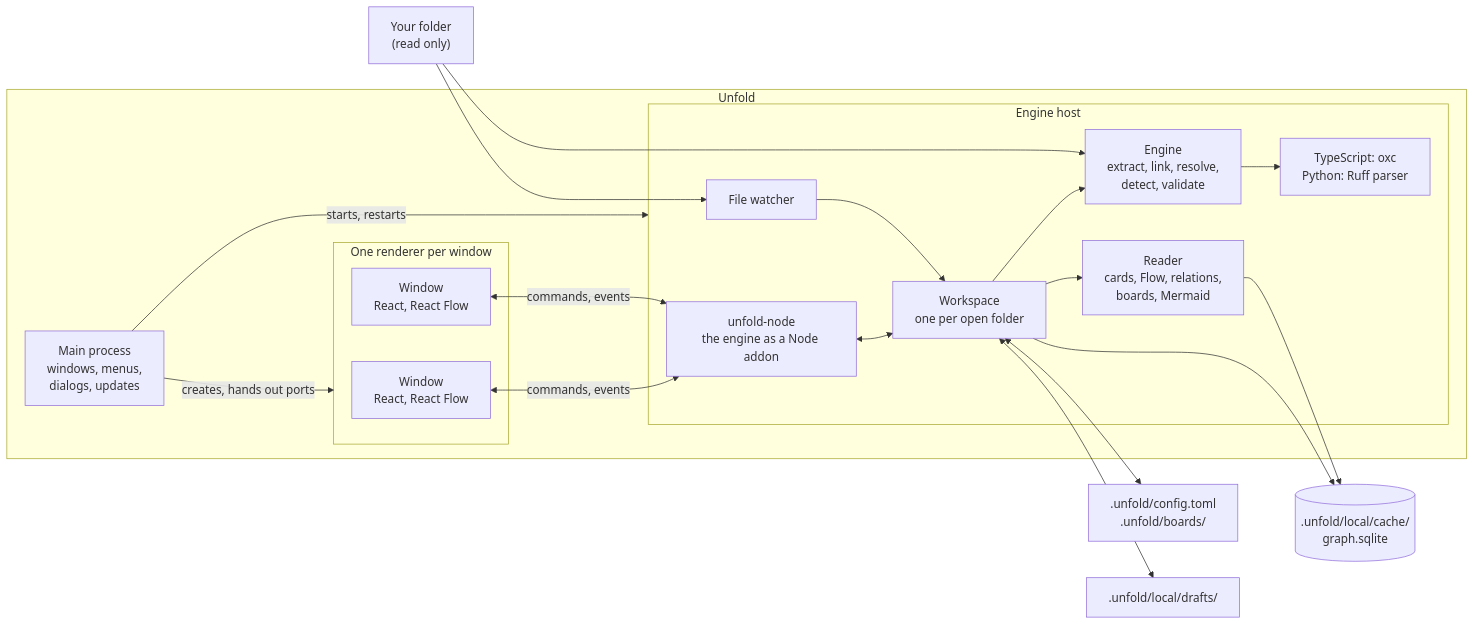
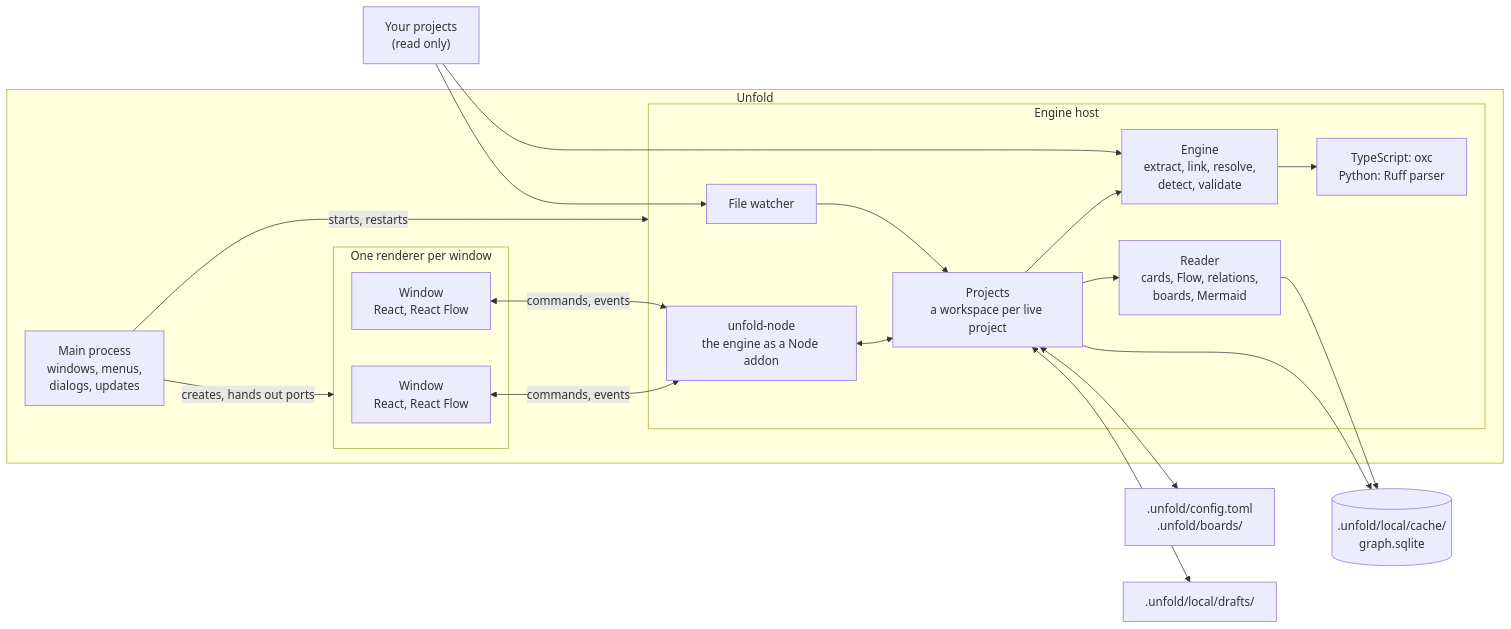
Before and after one commit to Lazar-Agoev/unfold: the diagram in docs/architecture.md, drawn with Mermaid. The commit also changed other lines of this file and 15 other files, not shown here.

````diff
--- a/docs/architecture.md
+++ b/docs/architecture.md
@@ -105,37 +107,37 @@
 ```mermaid
 flowchart LR
-    Folder["Your folder<br/>(read only)"]
+    Folder["Your projects<br/>(read only)"]
     subgraph App["Unfold"]
         Main["Main process<br/>windows, menus,<br/>dialogs, updates"]
         subgraph Windows["One renderer per window"]
             UI1["Window<br/>React, React Flow"]
             UI2["Window<br/>React, React Flow"]
         end
         subgraph Host["Engine host"]
             Addon["unfold-node<br/>the engine as a Node addon"]
-            Workspace["Workspace<br/>one per open folder"]
+            Workspace["Projects<br/>a workspace per live project"]
             Watcher["File watcher"]
             Engine["Engine<br/>extract, link, resolve,<br/>detect, validate"]
             Languages["TypeScript: oxc<br/>Python: Ruff parser"]
             Reader["Reader<br/>cards, Flow, relations,<br/>boards, Mermaid"]
         end
     end
     Store[(".unfold/local/cache/<br/>graph.sqlite")]
     Shared[".unfold/config.toml<br/>.unfold/boards/"]
     Drafts[".unfold/local/drafts/"]
     Main -->|creates, hands out ports| Windows
     Main -->|starts, restarts| Host
     UI1 <-->|commands, events| Addon
     UI2 <-->|commands, events| Addon
     Addon <--> Workspace
     Folder --> Watcher
     Watcher --> Workspace
     Workspace --> Engine
     Engine --> Languages
     Folder --> Engine
     Workspace --> Store
     Reader --> Store
     Workspace --> Reader
     Workspace <--> Shared
     Workspace <--> Drafts
 ```
````
